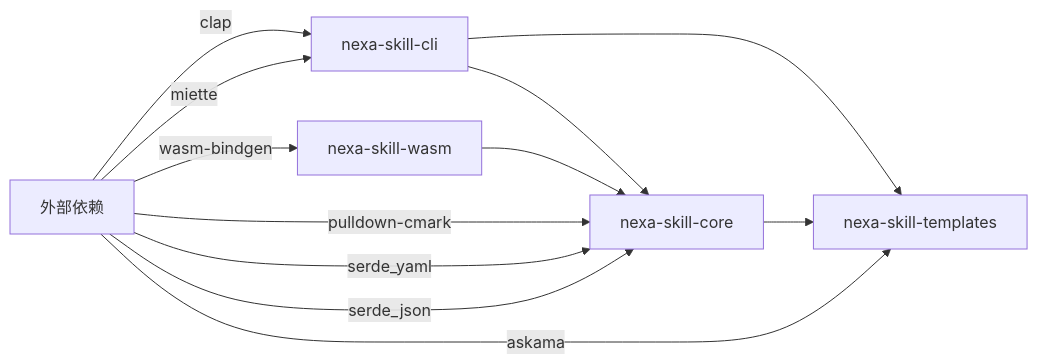
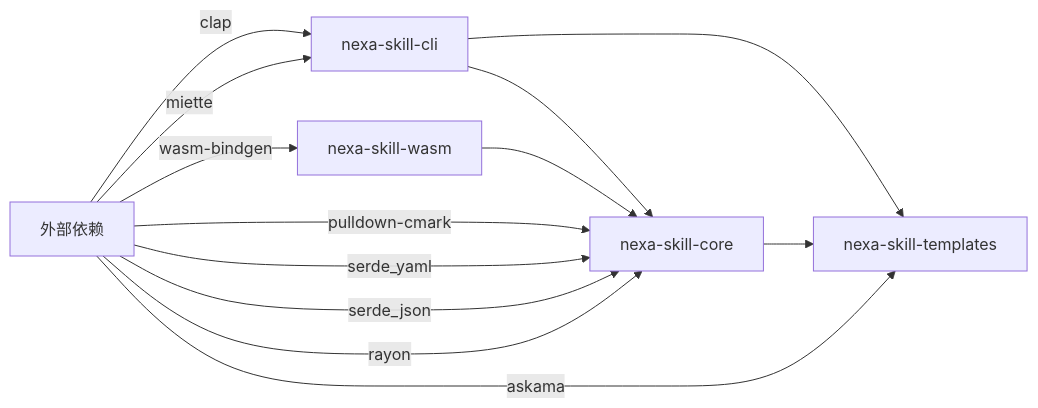
The second of 6 diagrams in docs/ARCHITECTURE.md (Nexa-Language/Skill-Compiler), drawn with Mermaid before and after one commit. The commit also changed other lines of this file and 21 other files, not shown here.

First line of the commit message:
:recycle: refactor(codex): pure markdown output without JSON Schema

````diff
--- a/docs/ARCHITECTURE.md
+++ b/docs/ARCHITECTURE.md
@@ -151,16 +182,17 @@
 ```mermaid
 graph LR
     A[nexa-skill-cli] --> B[nexa-skill-core]
     A --> C[nexa-skill-templates]
     B --> C
     D[nexa-skill-wasm] --> B
     
     E[外部依赖]
     E --> |clap| A
     E --> |miette| A
     E --> |pulldown-cmark| B
     E --> |serde_yaml| B
     E --> |serde_json| B
     E --> |askama| C
     E --> |wasm-bindgen| D
+    E --> |rayon| B
 ```
````
